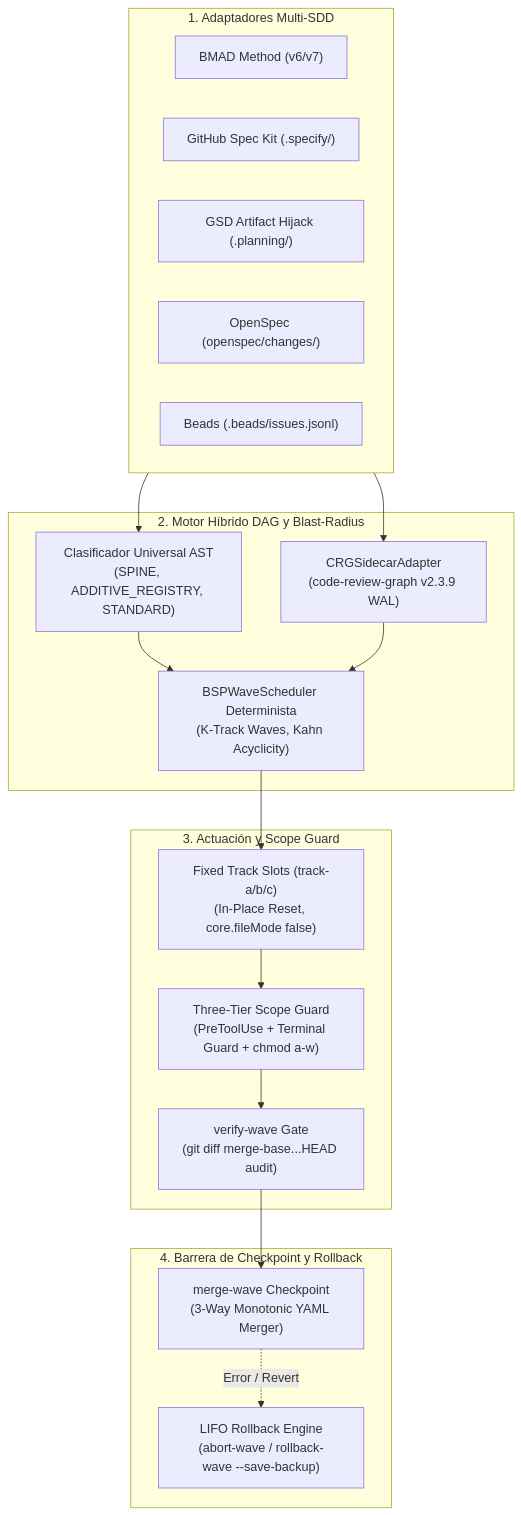
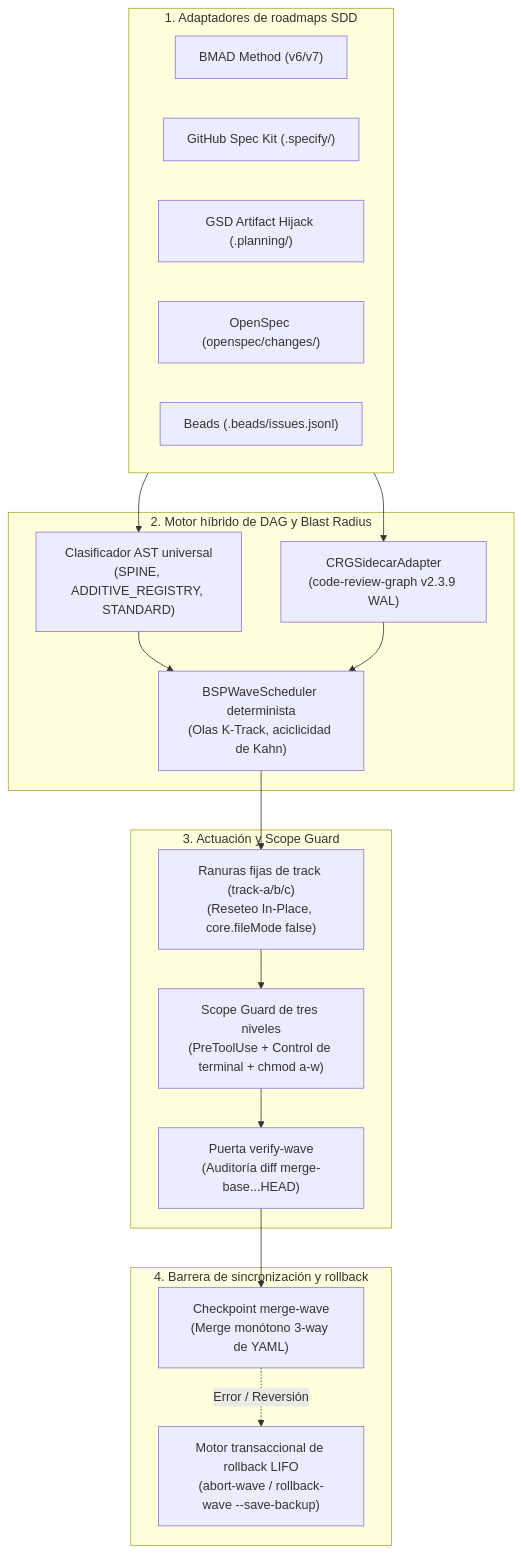
Before and after one commit to stopActingSoSmall/sdd-parallel: the second of 2 diagrams in docs/i18n/es/README.md, drawn with Mermaid. The commit also changed other lines of this file and 5 other files, not shown here.

````diff
--- a/docs/i18n/es/README.md
+++ b/docs/i18n/es/README.md
@@ -157,34 +248,34 @@
 ```mermaid
 flowchart TD
-    subgraph Inputs["1. Adaptadores Multi-SDD"]
+    subgraph Inputs["1. Adaptadores de roadmaps SDD"]
         BMAD["BMAD Method (v6/v7)"]
         SpecKit["GitHub Spec Kit (.specify/)"]
         GSD["GSD Artifact Hijack (.planning/)"]
         OpenSpec["OpenSpec (openspec/changes/)"]
         Beads["Beads (.beads/issues.jsonl)"]
     end
 
-    subgraph Engine["2. Motor Híbrido DAG y Blast-Radius"]
-        AST["Clasificador Universal AST\n(SPINE, ADDITIVE_REGISTRY, STANDARD)"]
+    subgraph Engine["2. Motor híbrido de DAG y Blast Radius"]
+        AST["Clasificador AST universal\n(SPINE, ADDITIVE_REGISTRY, STANDARD)"]
         CRG["CRGSidecarAdapter\n(code-review-graph v2.3.9 WAL)"]
-        BSP["BSPWaveScheduler Determinista\n(K-Track Waves, Kahn Acyclicity)"]
+        BSP["BSPWaveScheduler determinista\n(Olas K-Track, aciclicidad de Kahn)"]
     end
 
     subgraph Actuation["3. Actuación y Scope Guard"]
-        Slots["Fixed Track Slots (track-a/b/c)\n(In-Place Reset, core.fileMode false)"]
-        Guard["Three-Tier Scope Guard\n(PreToolUse + Terminal Guard + chmod a-w)"]
-        Verify["verify-wave Gate\n(git diff merge-base...HEAD audit)"]
+        Slots["Ranuras fijas de track (track-a/b/c)\n(Reseteo In-Place, core.fileMode false)"]
+        Guard["Scope Guard de tres niveles\n(PreToolUse + Control de terminal + chmod a-w)"]
+        Verify["Puerta verify-wave\n(Auditoría diff merge-base...HEAD)"]
     end
 
-    subgraph Barrier["4. Barrera de Checkpoint y Rollback"]
-        Merge["merge-wave Checkpoint\n(3-Way Monotonic YAML Merger)"]
-        Rollback["LIFO Rollback Engine\n(abort-wave / rollback-wave --save-backup)"]
+    subgraph Barrier["4. Barrera de sincronización y rollback"]
+        Merge["Checkpoint merge-wave\n(Merge monótono 3-way de YAML)"]
+        Rollback["Motor transaccional de rollback LIFO\n(abort-wave / rollback-wave --save-backup)"]
     end
 
     Inputs --> AST & CRG
     AST & CRG --> BSP
     BSP --> Slots
     Slots --> Guard --> Verify
     Verify --> Merge
-    Merge -. Error / Revert .-> Rollback
+    Merge -. Error / Reversión .-> Rollback
 ```
````
